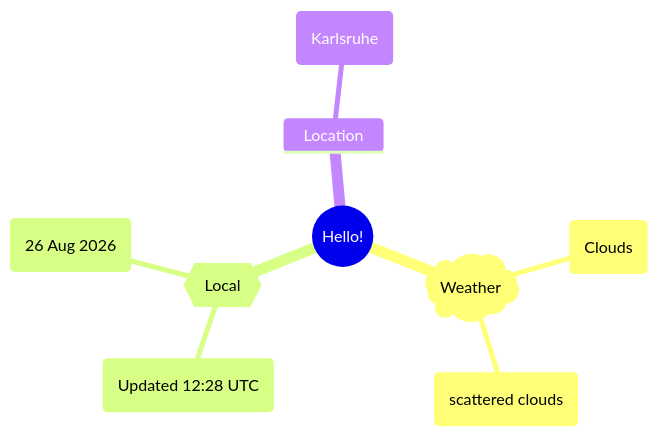
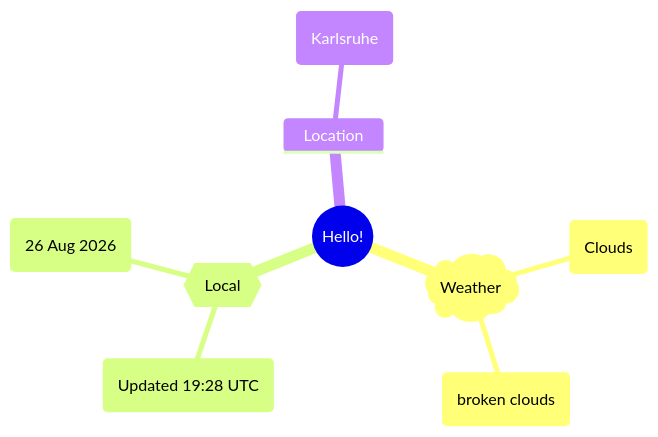
One commit to Xosrov/Xosrov changed the first of 2 diagrams in README.md. Above: the diagram before and after it, drawn with Mermaid.

Commit message:
[bot] updated images

````diff
--- a/README.md
+++ b/README.md
@@ -3,12 +3,12 @@
 ```mermaid
 mindmap
   root((Hello!))
     )Weather(
         (Clouds)
-        (scattered clouds)
+        (broken clouds)
     {{Local}}
-        (Updated 12:28 UTC)
+        (Updated 19:28 UTC)
         (26 Aug 2026)
     Location
         (Karlsruhe)
 ```
````
